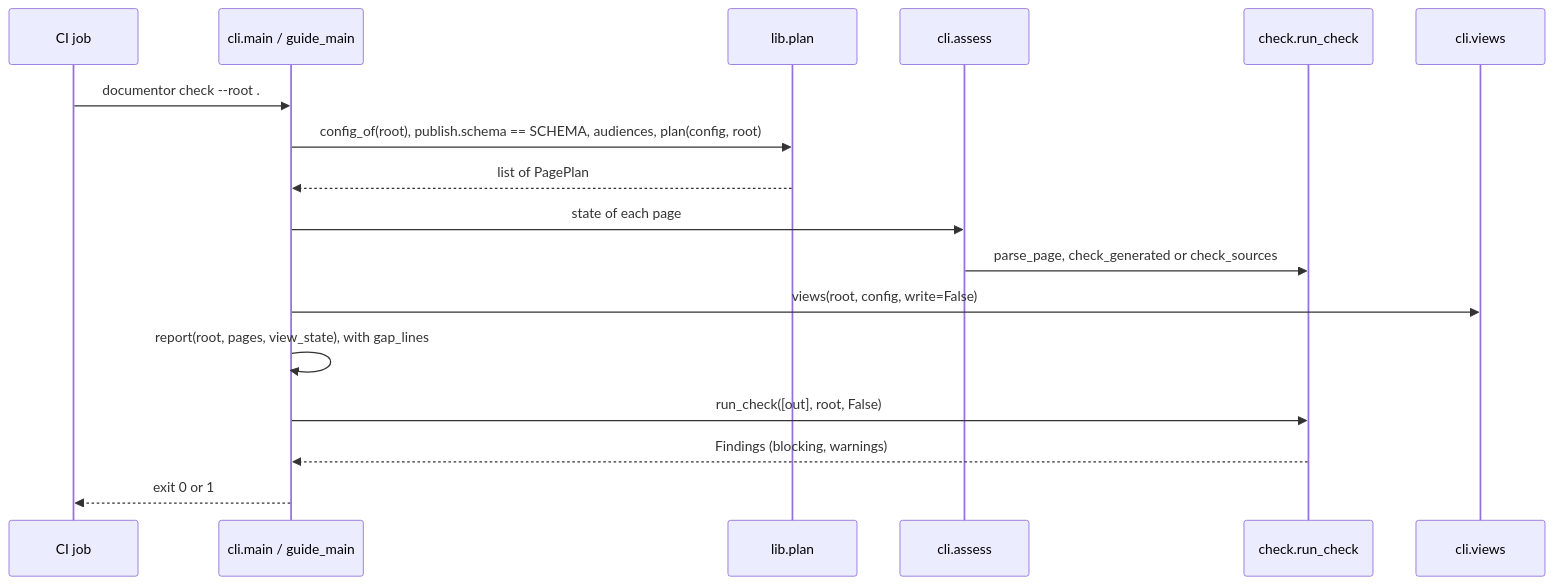
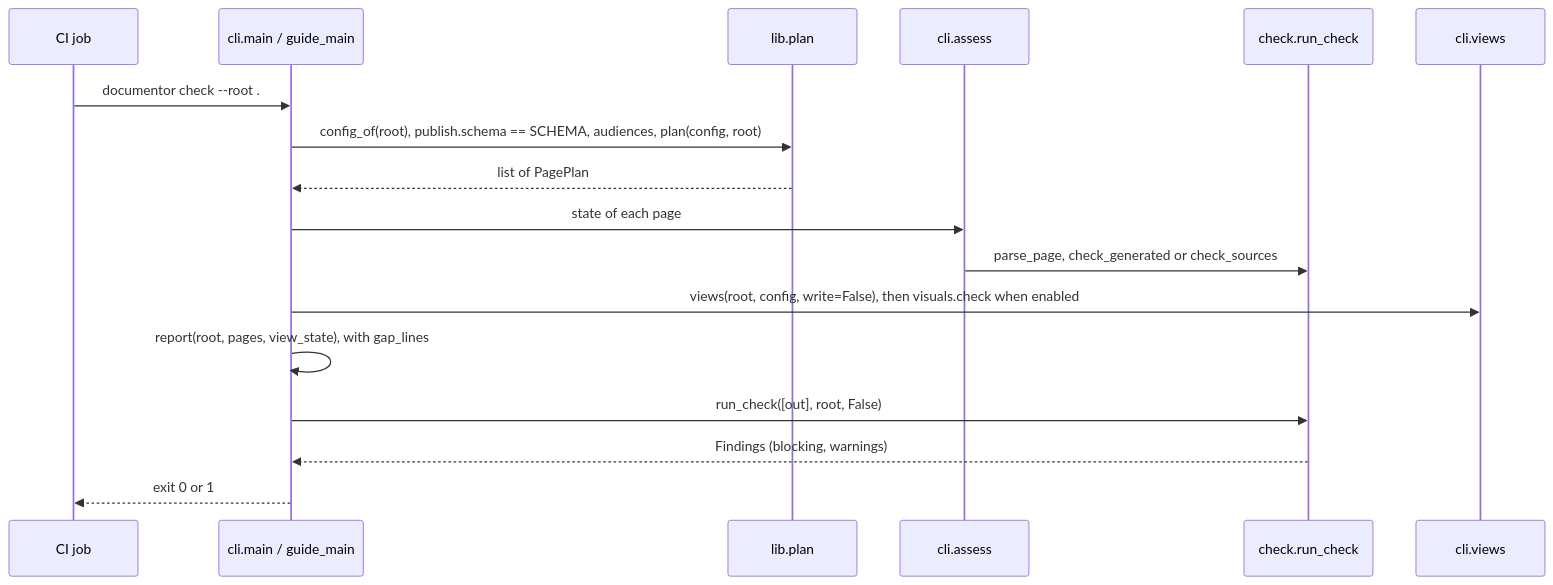
One commit to DocumentDrivenDX/helix changed the diagram in tools/documentor/docs/guide/developer/walkthrough.md. Above: the diagram before and after it, drawn with Mermaid. The commit also changed other lines of this file and 23 other files, not shown here.

````diff
--- a/tools/documentor/docs/guide/developer/walkthrough.md
+++ b/tools/documentor/docs/guide/developer/walkthrough.md
@@ -35,19 +37,19 @@
 ```mermaid
 sequenceDiagram
   participant CI as CI job
   participant CLI as cli.main / guide_main
   participant Lib as lib.plan
   participant Assess as cli.assess
   participant Check as check.run_check
   participant Views as cli.views
   CI->>CLI: documentor check --root .
   CLI->>Lib: config_of(root), publish.schema == SCHEMA, audiences, plan(config, root)
   Lib-->>CLI: list of PagePlan
   CLI->>Assess: state of each page
   Assess->>Check: parse_page, check_generated or check_sources
-  CLI->>Views: views(root, config, write=False)
+  CLI->>Views: views(root, config, write=False), then visuals.check when enabled
   CLI->>CLI: report(root, pages, view_state), with gap_lines
   CLI->>Check: run_check([out], root, False)
   Check-->>CLI: Findings (blocking, warnings)
   CLI-->>CI: exit 0 or 1
 ```
````
